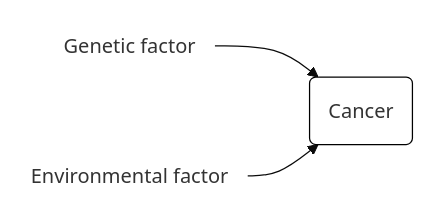
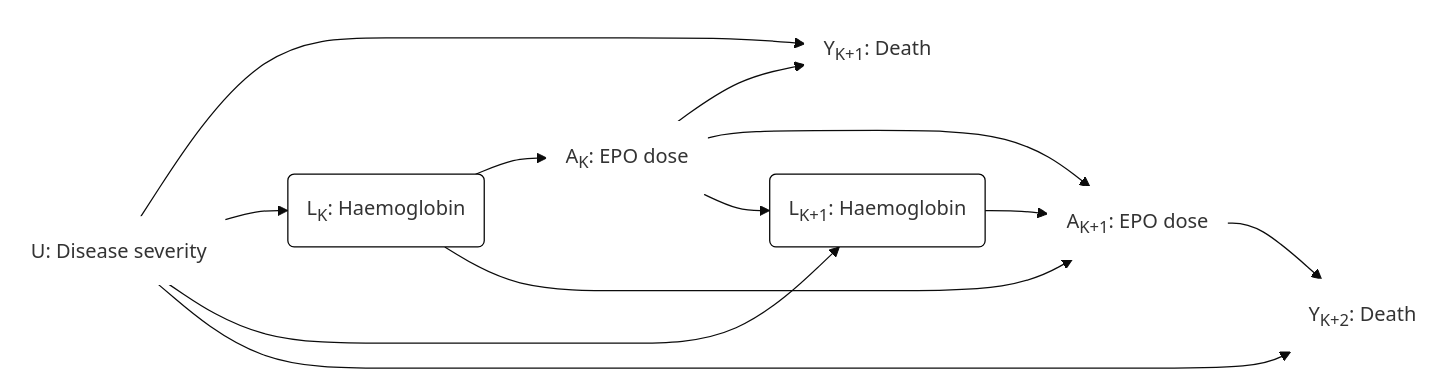
One commit to birth-outcomes/birth_outcomes_summary changed the ninth of 14 diagrams in book_birth_outcomes_summary/design_causal_tosort.md. Above: the diagram before and after it, drawn with Mermaid (base theme). The commit also changed other lines of this file, not shown here.

`````diff
--- a/book_birth_outcomes_summary/design_causal_tosort.md
+++ b/book_birth_outcomes_summary/design_causal_tosort.md
@@ -199,13 +242,26 @@
 ````{mermaid}
   flowchart LR;
 
-    gene("Genetic factor"):::white;
-    env("Environmental factor"):::white;
-    cancer("Cancer"):::black;
+    ak("A<sub>K</sub>: EPO dose"):::white;
+    ak1("A<sub>K+1</sub>: EPO dose"):::white;
+    yk1("Y<sub>K+1</sub>: Death"):::white;
+    yk2("Y<sub>K+2</sub>: Death"):::white;
+    lk("L<sub>K</sub>: Haemoglobin"):::black;
+    lk1("L<sub>K+1</sub>: Haemoglobin"):::black;
+    u("U: Disease severity"):::white;
 
-    gene --> cancer;
-    env --> cancer;
+    ak --> yk1;
+    u --> yk1;
+    u --> lk;
+    lk --> ak;
+    lk --> ak1;
+    ak --> ak1;
+    ak --> lk1;
+    u --> lk1;
+    lk1 --> ak1;
+    ak1 --> yk2;
+    u --> yk2;
 
     classDef white fill:#FFFFFF, stroke:#FFFFFF
     classDef black fill:#FFFFFF, stroke:#000000
 ````
`````
